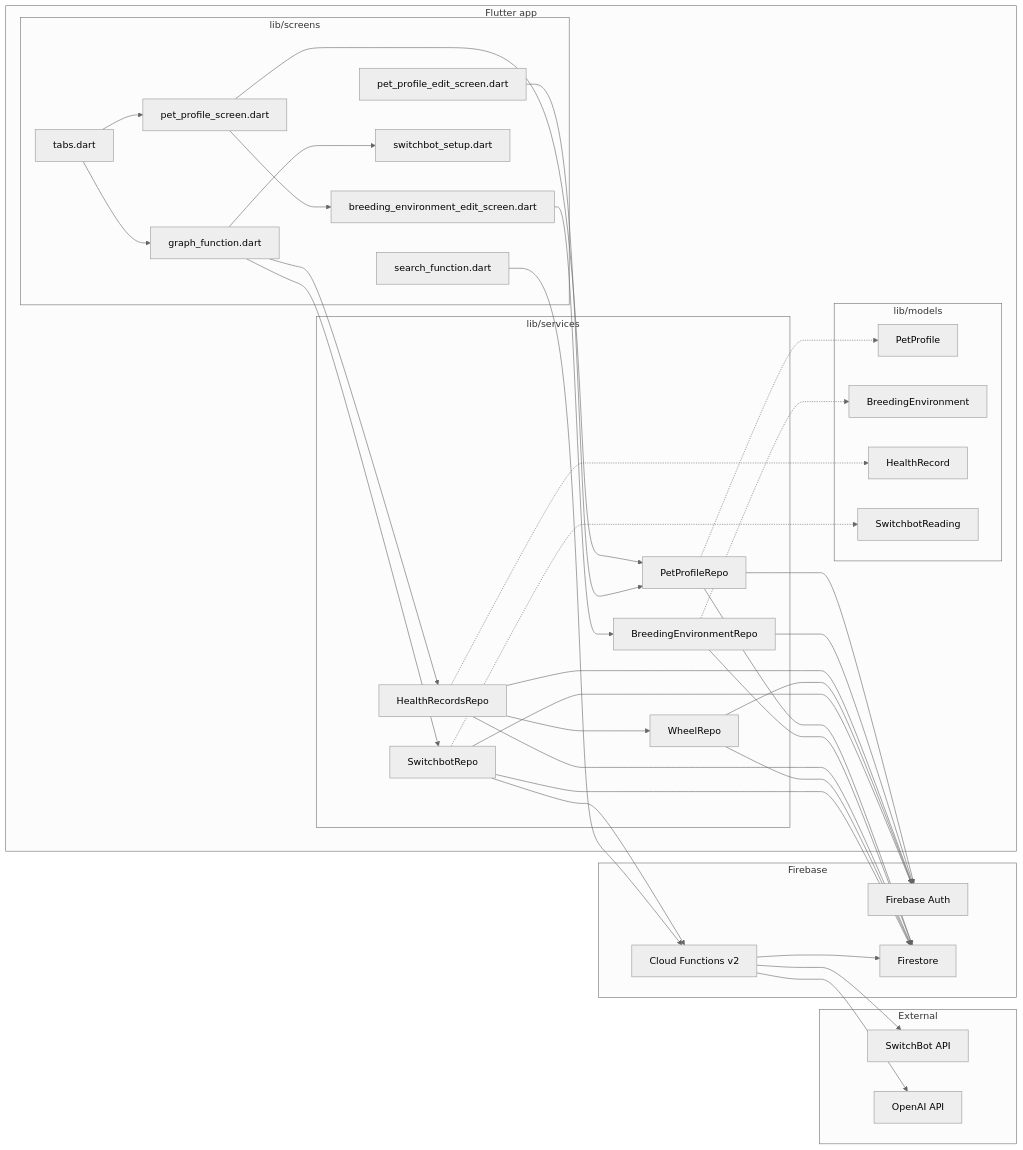
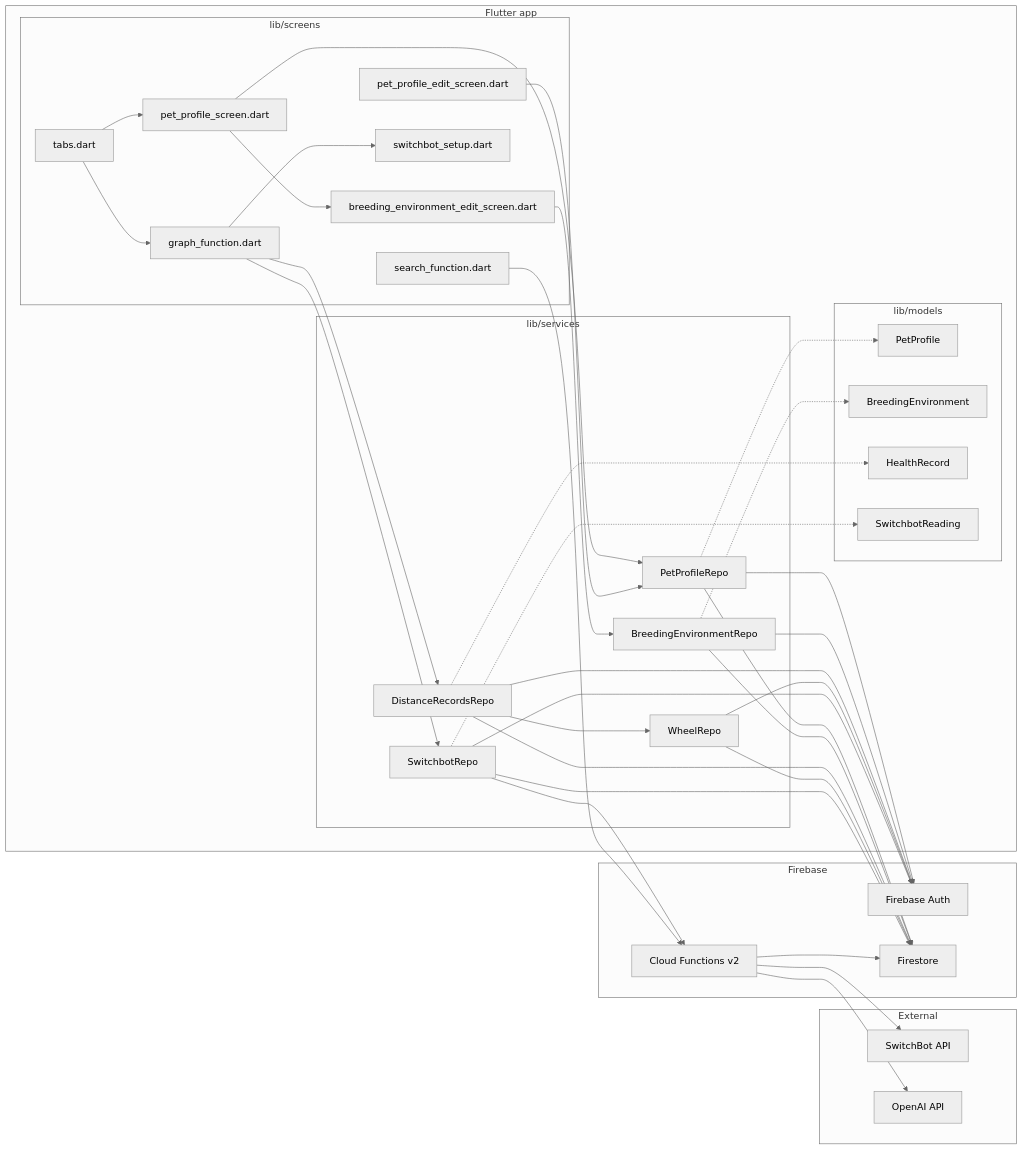
The first of 2 diagrams in docs/architecture.md (gotainu/hamster-application), drawn with Mermaid (neutral theme) before and after one commit. The commit also changed other lines of this file and 7 other files, not shown here.

Commit message:
Added history saving, graphs, and trend analysis.

````diff
--- a/docs/architecture.md
+++ b/docs/architecture.md
@@ -29,82 +100,82 @@
 ```mermaid
 flowchart LR
   %% ===== Flutter =====
   subgraph App[Flutter app]
     subgraph Screens[lib/screens]
       Tabs[tabs.dart]
       PetScreen[pet_profile_screen.dart]
       PetEdit[pet_profile_edit_screen.dart]
       BreedEdit[breeding_environment_edit_screen.dart]
       Graph[graph_function.dart]
       SwitchSetup[switchbot_setup.dart]
       Search[search_function.dart]
     end
 
     subgraph Services[lib/services]
       PetRepo[PetProfileRepo]
       BreedRepo[BreedingEnvironmentRepo]
-      HealthRepo[HealthRecordsRepo]
+      HealthRepo[DistanceRecordsRepo]
       WheelRepo[WheelRepo]
       SBRepo[SwitchbotRepo]
     end
 
     subgraph Models[lib/models]
       PetModel[PetProfile]
       BreedModel[BreedingEnvironment]
       HealthModel[HealthRecord]
       SBModel[SwitchbotReading]
     end
   end
 
   %% ===== Firebase / External =====
   subgraph Firebase[Firebase]
     Auth[Firebase Auth]
     FS[Firestore]
     CF[Cloud Functions v2]
   end
 
   subgraph External[External]
     SB[SwitchBot API]
     OAI[OpenAI API]
   end
 
   %% ===== Screen -> Repo =====
   Tabs --> PetScreen
   Tabs --> Graph
 
   PetScreen --> PetRepo
   PetScreen --> BreedEdit
   PetEdit --> PetRepo
   BreedEdit --> BreedRepo
 
   Graph --> HealthRepo
   HealthRepo --> WheelRepo
   Graph --> SBRepo
   Graph --> SwitchSetup
 
   Search --> CF
 
   %% ===== Repo -> Firebase =====
   PetRepo --> FS
   BreedRepo --> FS
   HealthRepo --> FS
   WheelRepo --> FS
   SBRepo --> FS
 
   PetRepo --> Auth
   BreedRepo --> Auth
   HealthRepo --> Auth
   WheelRepo --> Auth
   SBRepo --> Auth
 
   SBRepo --> CF
   CF --> FS
   CF --> SB
   CF --> OAI
 
   %% ===== Repo uses Model (dotted) =====
   PetRepo -.-> PetModel
   BreedRepo -.-> BreedModel
   HealthRepo -.-> HealthModel
   SBRepo -.-> SBModel
 ```
````
